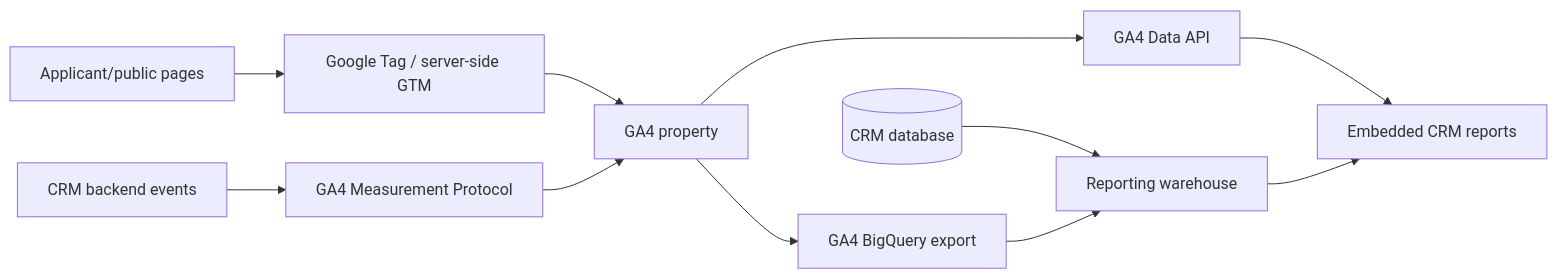
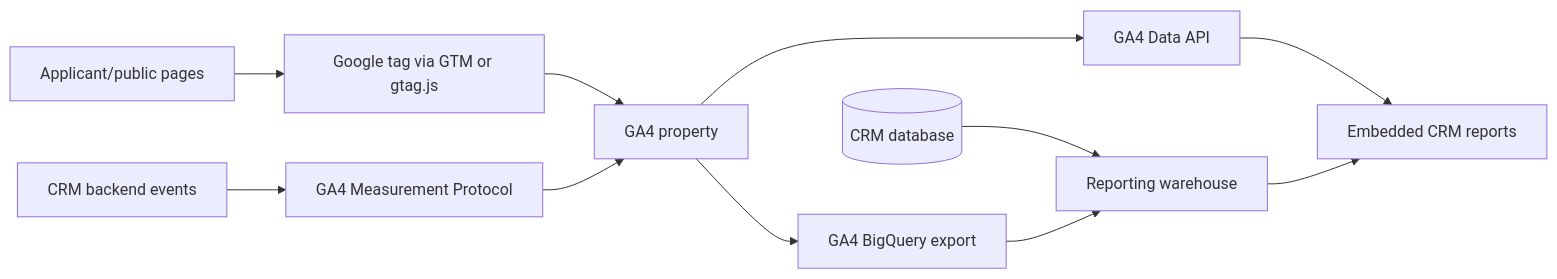
Before and after one commit to owezzy-tech/schoolCRM: the second of 6 diagrams in docs/admissions-crm-architecture.md, drawn with Mermaid. The commit also changed other lines of this file and 2 other files, not shown here.

Commit message:
docs(admissions): add Google tag guidance (schoolCRM-b12.4.6)

````diff
--- a/docs/admissions-crm-architecture.md
+++ b/docs/admissions-crm-architecture.md
@@ -141,13 +143,13 @@
 ```mermaid
 flowchart LR
-  Browser[Applicant/public pages] --> GTM[Google Tag / server-side GTM]
+  Browser[Applicant/public pages] --> Tag[Google tag via GTM or gtag.js]
   CRM[CRM backend events] --> MP[GA4 Measurement Protocol]
-  GTM --> GA4[GA4 property]
+  Tag --> GA4[GA4 property]
   MP --> GA4
   GA4 --> DataAPI[GA4 Data API]
   GA4 --> BigQuery[GA4 BigQuery export]
   CRMDB[(CRM database)] --> Warehouse[Reporting warehouse]
   BigQuery --> Warehouse
   DataAPI --> Reports[Embedded CRM reports]
   Warehouse --> Reports
 ```
````
